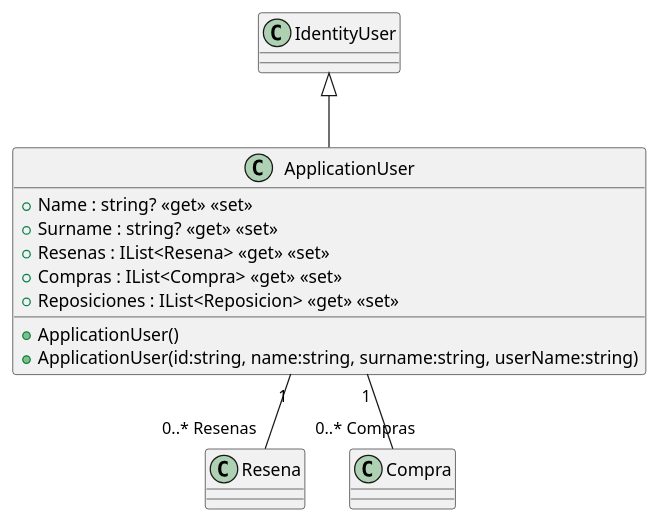
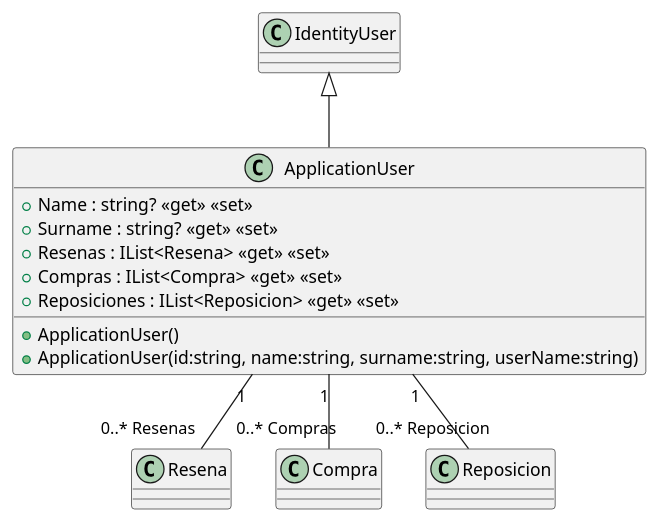
Before and after one commit to ISII2627SoftwareEngineers/ISII2627SoftwareEngineers: the diagram in src/AppForSEII.API/ClassDiagram/ApplicationUser.puml, drawn with PlantUML. The commit also changed 4 other files, not shown here.

Commit message:
Modificacion diagrama clases CU 2 Reponer libros

```diff
--- a/src/AppForSEII.API/ClassDiagram/ApplicationUser.puml
+++ b/src/AppForSEII.API/ClassDiagram/ApplicationUser.puml
@@ -1,17 +1,20 @@
 @startuml
 class ApplicationUser {
     + ApplicationUser()
     + ApplicationUser(id:string, name:string, surname:string, userName:string)
     + Name : string? <<get>> <<set>>
     + Surname : string? <<get>> <<set>>
     + Resenas : IList<Resena> <<get>> <<set>>
     + Compras : IList<Compra> <<get>> <<set>>
     + Reposiciones : IList<Reposicion> <<get>> <<set>>
 }
 ApplicationUser "1" -- "0..* Resenas" Resena
 
 'para caso de uso comprar libros
 ApplicationUser "1" -- "0..* Compras" Compra
 
+ApplicationUser "1" -- "0..* Reposicion" Reposicion 
+
+
 IdentityUser <|-- ApplicationUser
 @enduml
```
